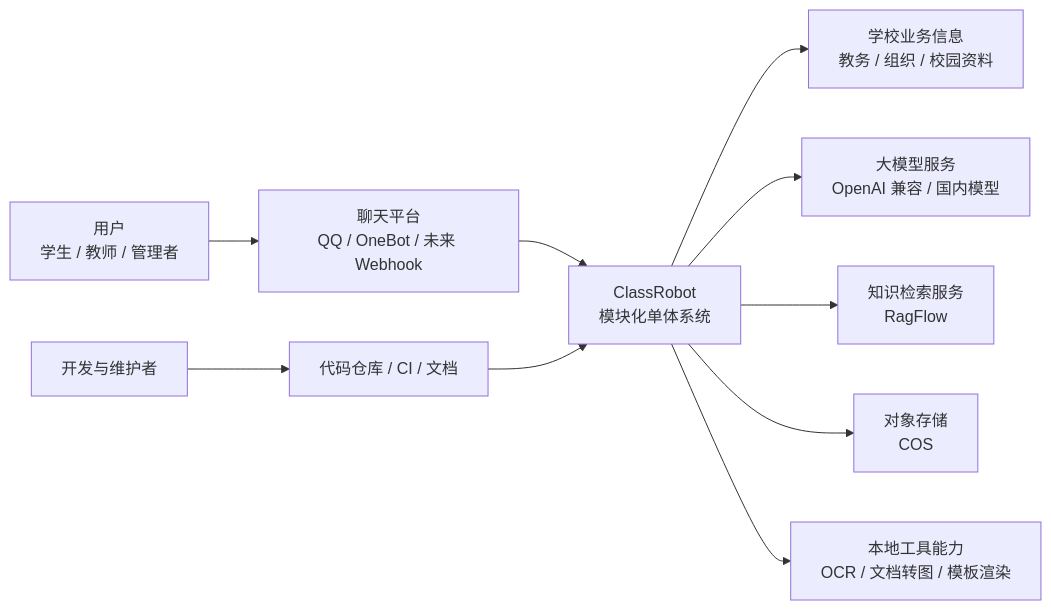
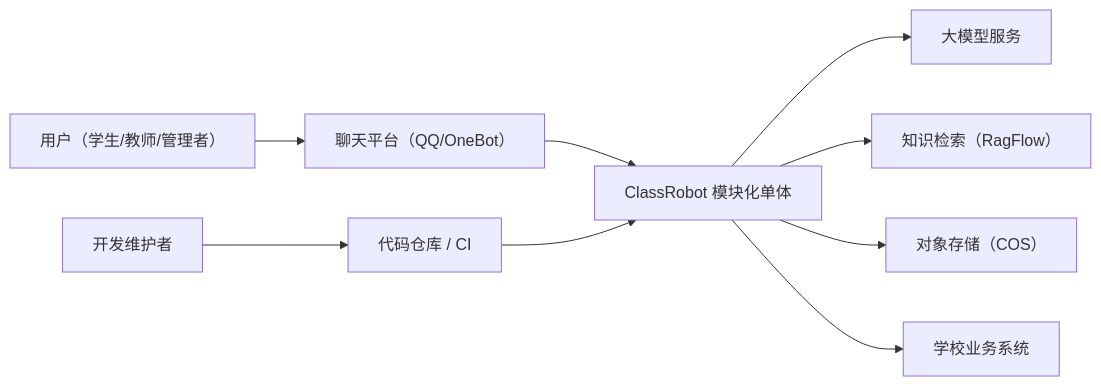
One commit to ClassRobot/ClassRobot changed the first of 5 diagrams in docs/architecture/architecture-views.md. Above: the diagram before and after it, drawn with Mermaid. The commit also changed other lines of this file and 47 other files, not shown here.

````diff
--- a/docs/architecture/architecture-views.md
+++ b/docs/architecture/architecture-views.md
@@ -30,13 +23,11 @@
 ```mermaid
 flowchart LR
-    User["用户\n学生 / 教师 / 管理者"] --> Platform["聊天平台\nQQ / OneBot / 未来 Webhook"]
-    Platform --> ClassRobot["ClassRobot\n模块化单体系统"]
-
-    ClassRobot --> School["学校业务信息\n教务 / 组织 / 校园资料"]
-    ClassRobot --> LLM["大模型服务\nOpenAI 兼容 / 国内模型"]
-    ClassRobot --> RagFlow["知识检索服务\nRagFlow"]
-    ClassRobot --> COS["对象存储\nCOS"]
-    ClassRobot --> Tooling["本地工具能力\nOCR / 文档转图 / 模板渲染"]
-    Dev["开发与维护者"] --> Repo["代码仓库 / CI / 文档"]
+    User["用户（学生/教师/管理者）"] --> Platform["聊天平台（QQ/OneBot）"]
+    Platform --> ClassRobot["ClassRobot 模块化单体"]
+    ClassRobot --> LLM["大模型服务"]
+    ClassRobot --> RagFlow["知识检索（RagFlow）"]
+    ClassRobot --> COS["对象存储（COS）"]
+    ClassRobot --> School["学校业务系统"]
+    Dev["开发维护者"] --> Repo["代码仓库 / CI"]
     Repo --> ClassRobot
 ```
````
